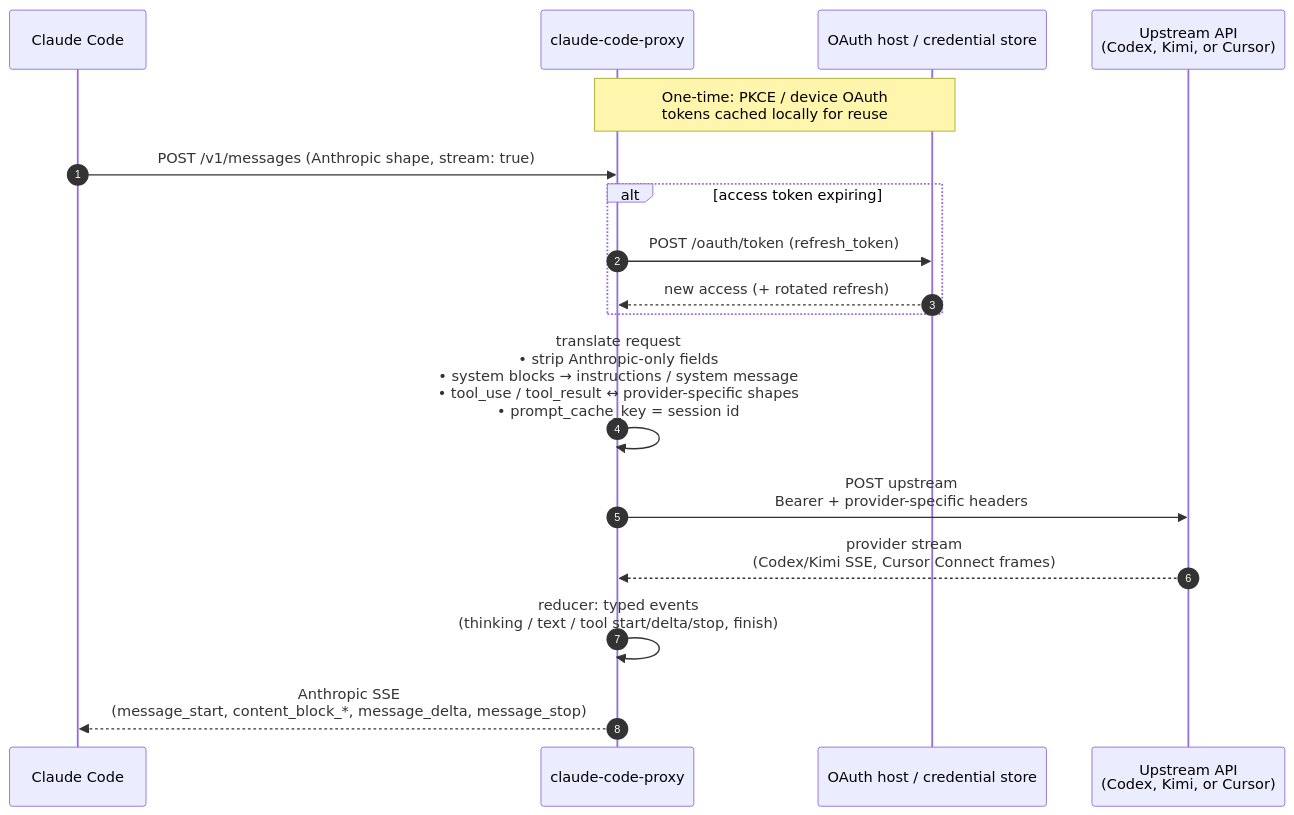
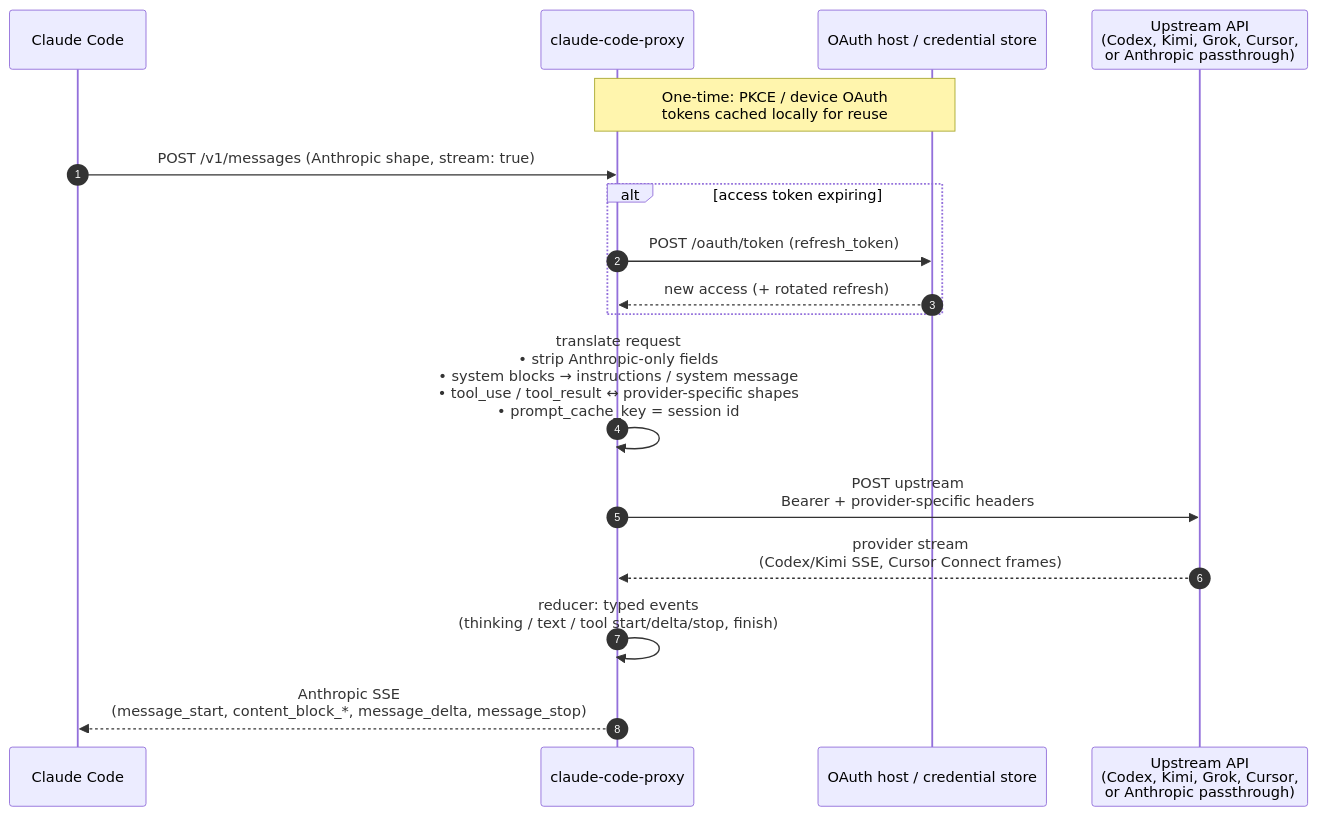
One commit to sohan-shingade/claude-code-proxy-updated changed the diagram in README.md. Above: the diagram before and after it, drawn with Mermaid. The commit also changed other lines of this file and 1 other file, not shown here.

First line of the commit message:
Document Anthropic passthrough, mixed-model agent teams, and new aliases

````diff
--- a/README.md
+++ b/README.md
@@ -490,23 +538,23 @@
 ```mermaid
 sequenceDiagram
     autonumber
     participant CC as Claude Code
     participant P as claude-code-proxy
     participant AUTH as OAuth host / credential store
-    participant U as Upstream API<br/>(Codex, Kimi, or Cursor)
+    participant U as Upstream API<br/>(Codex, Kimi, Grok, Cursor,<br/>or Anthropic passthrough)
 
     Note over P,AUTH: One-time: PKCE / device OAuth<br/>tokens cached locally for reuse
 
     CC->>P: POST /v1/messages (Anthropic shape, stream: true)
 
     alt access token expiring
         P->>AUTH: POST /oauth/token (refresh_token)
         AUTH-->>P: new access (+ rotated refresh)
     end
 
     P->>P: translate request<br/>• strip Anthropic-only fields<br/>• system blocks → instructions / system message<br/>• tool_use / tool_result ↔ provider-specific shapes<br/>• prompt_cache_key = session id
     P->>U: POST upstream<br/>Bearer + provider-specific headers
     U-->>P: provider stream<br/>(Codex/Kimi SSE, Cursor Connect frames)
     P->>P: reducer: typed events<br/>(thinking / text / tool start/delta/stop, finish)
     P-->>CC: Anthropic SSE<br/>(message_start, content_block_*, message_delta, message_stop)
 ```
````
